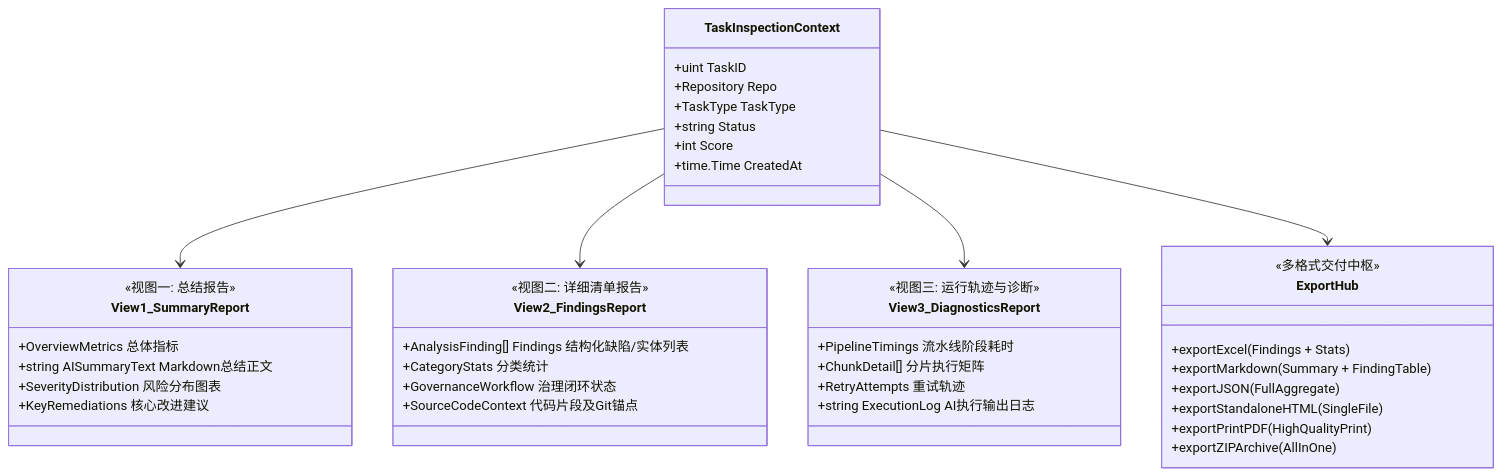
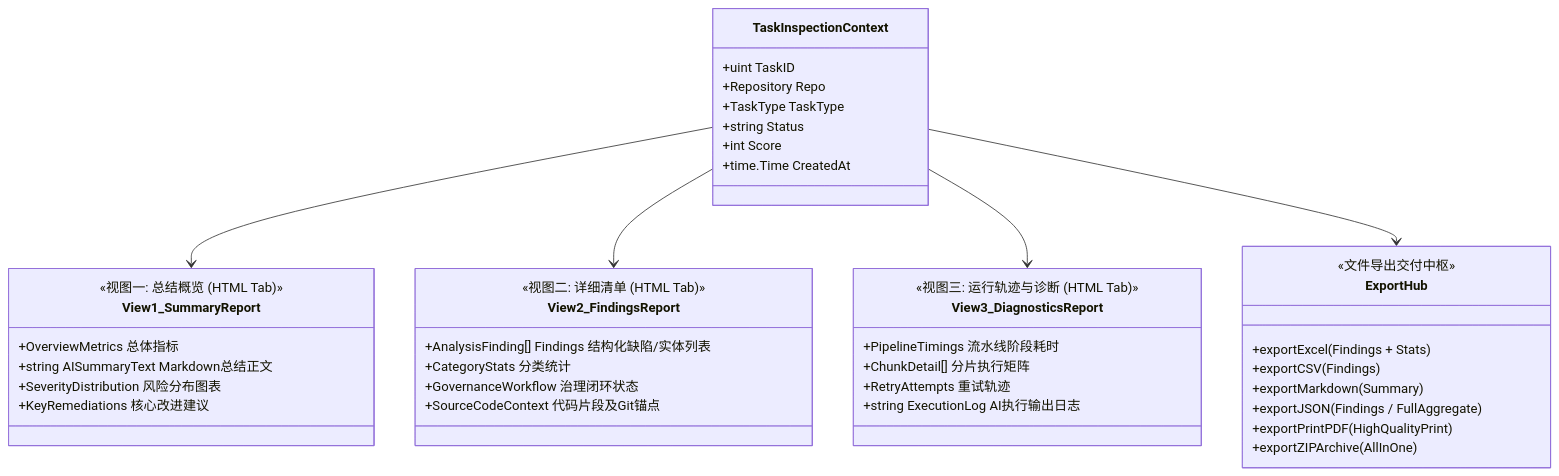
One commit to fugui/code-shield changed the second of 3 diagrams in docs/TASK_REPORT_REFACTOR_DESIGN.md. Above: the diagram before and after it, drawn with Mermaid. The commit also changed other lines of this file, not shown here.

Commit message:
docs: 优化任务报告重构方案，明确 HTML 仅作为在线界面展示无需导出

````diff
--- a/docs/TASK_REPORT_REFACTOR_DESIGN.md
+++ b/docs/TASK_REPORT_REFACTOR_DESIGN.md
@@ -79,50 +80,50 @@
 ```mermaid
 classDiagram
     class TaskInspectionContext {
         +uint TaskID
         +Repository Repo
         +TaskType TaskType
         +string Status
         +int Score
         +time.Time CreatedAt
     }
 
     class View1_SummaryReport {
-        <<视图一: 总结报告>>
+        <<视图一: 总结概览 (HTML Tab)>>
         +OverviewMetrics 总体指标
         +string AISummaryText Markdown总结正文
         +SeverityDistribution 风险分布图表
         +KeyRemediations 核心改进建议
     }
 
     class View2_FindingsReport {
-        <<视图二: 详细清单报告>>
+        <<视图二: 详细清单 (HTML Tab)>>
         +AnalysisFinding[] Findings 结构化缺陷/实体列表
         +CategoryStats 分类统计
         +GovernanceWorkflow 治理闭环状态
         +SourceCodeContext 代码片段及Git锚点
     }
 
     class View3_DiagnosticsReport {
-        <<视图三: 运行轨迹与诊断>>
+        <<视图三: 运行轨迹与诊断 (HTML Tab)>>
         +PipelineTimings 流水线阶段耗时
         +ChunkDetail[] 分片执行矩阵
         +RetryAttempts 重试轨迹
         +string ExecutionLog AI执行输出日志
     }
 
     class ExportHub {
-        <<多格式交付中枢>>
+        <<文件导出交付中枢>>
         +exportExcel(Findings + Stats)
-        +exportMarkdown(Summary + FindingTable)
-        +exportJSON(FullAggregate)
-        +exportStandaloneHTML(SingleFile)
+        +exportCSV(Findings)
+        +exportMarkdown(Summary)
+        +exportJSON(Findings / FullAggregate)
         +exportPrintPDF(HighQualityPrint)
         +exportZIPArchive(AllInOne)
     }
 
     TaskInspectionContext --> View1_SummaryReport
     TaskInspectionContext --> View2_FindingsReport
     TaskInspectionContext --> View3_DiagnosticsReport
     TaskInspectionContext --> ExportHub
 ```
````
